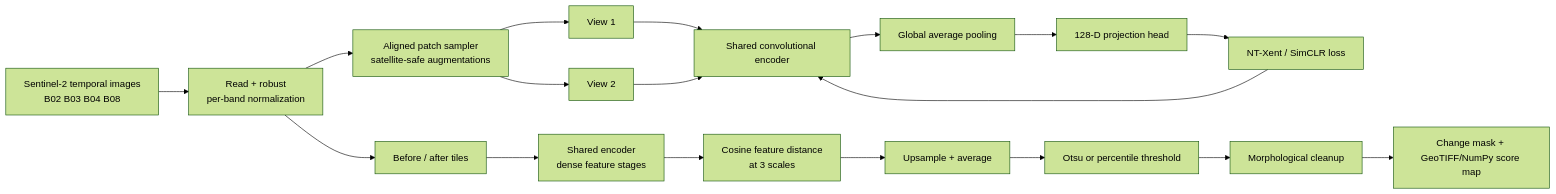
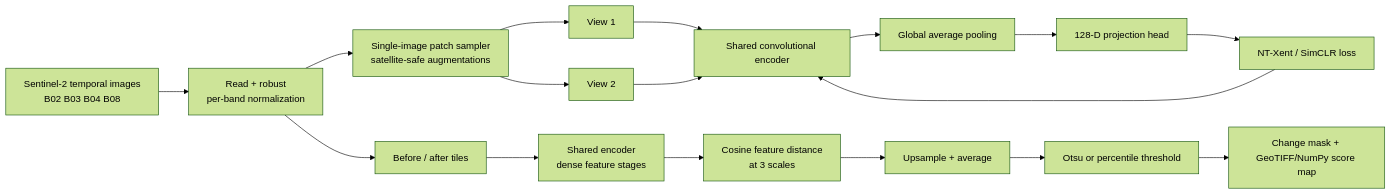
One commit to inshal8717/self-supervised-satellite-change-detection-train changed the first of 4 diagrams in README.md. Above: the diagram before and after it, drawn with Mermaid (forest theme). The commit also changed other lines of this file, not shown here.

````diff
--- a/README.md
+++ b/README.md
@@ -15,21 +15,20 @@
 ```mermaid
 flowchart LR
     A[Sentinel-2 temporal images<br/>B02 B03 B04 B08] --> B[Read + robust<br/>per-band normalization]
-    B --> C[Aligned patch sampler<br/>satellite-safe augmentations]
+    B --> C[Single-image patch sampler<br/>satellite-safe augmentations]
     C --> D1[View 1]
     C --> D2[View 2]
     D1 --> E[Shared convolutional encoder]
     D2 --> E
     E --> F[Global average pooling]
     F --> G[128-D projection head]
     G --> H[NT-Xent / SimCLR loss]
     H --> E
 
     B --> I[Before / after tiles]
     I --> J[Shared encoder<br/>dense feature stages]
     J --> K[Cosine feature distance<br/>at 3 scales]
     K --> L[Upsample + average]
     L --> M[Otsu or percentile threshold]
-    M --> N[Morphological cleanup]
-    N --> O[Change mask + GeoTIFF/NumPy score map]
+    M --> O[Change mask + GeoTIFF/NumPy score map]
 ```
````
